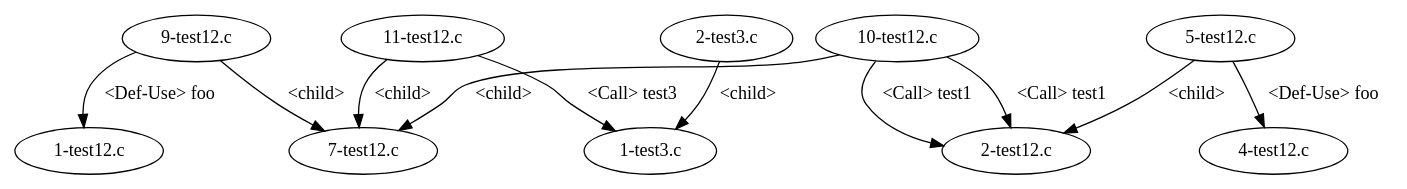
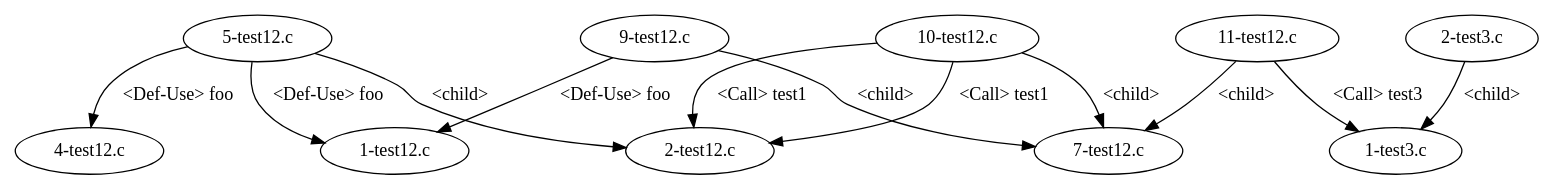
The diagram in testcpp/dependencyGraph/EmailSystem/test_17/graph.gv (shuiblue/JDimeForCpp), drawn with Graphviz before and after one commit. The commit also changed 10 other files, not shown here.

```diff
--- a/testcpp/dependencyGraph/EmailSystem/test_17/graph.gv
+++ b/testcpp/dependencyGraph/EmailSystem/test_17/graph.gv
@@ -1,22 +1,23 @@
 digraph {
 1 [label = "1-test12.c"];
 2 [label = "2-test12.c"];
 3 [label = "4-test12.c"];
 4 [label = "5-test12.c"];
+4 -> 1[label="<Def-Use> foo"];
 4 -> 3[label="<Def-Use> foo"];
 4 -> 2[label="<child>"];
 5 [label = "7-test12.c"];
 6 [label = "9-test12.c"];
 6 -> 1[label="<Def-Use> foo"];
 6 -> 5[label="<child>"];
 7 [label = "10-test12.c"];
 7 -> 2[label="<Call> test1"];
 7 -> 5[label="<child>"];
 8 [label = "11-test12.c"];
 8 -> 5[label="<child>"];
 9 [label = "1-test3.c"];
 10 [label = "2-test3.c"];
 10 -> 9[label="<child>"];
+8 -> 9[label="<Call> test3"];
 7 -> 2[label="<Call> test1"];
-8 -> 9[label="<Call> test3"];
 }
```
